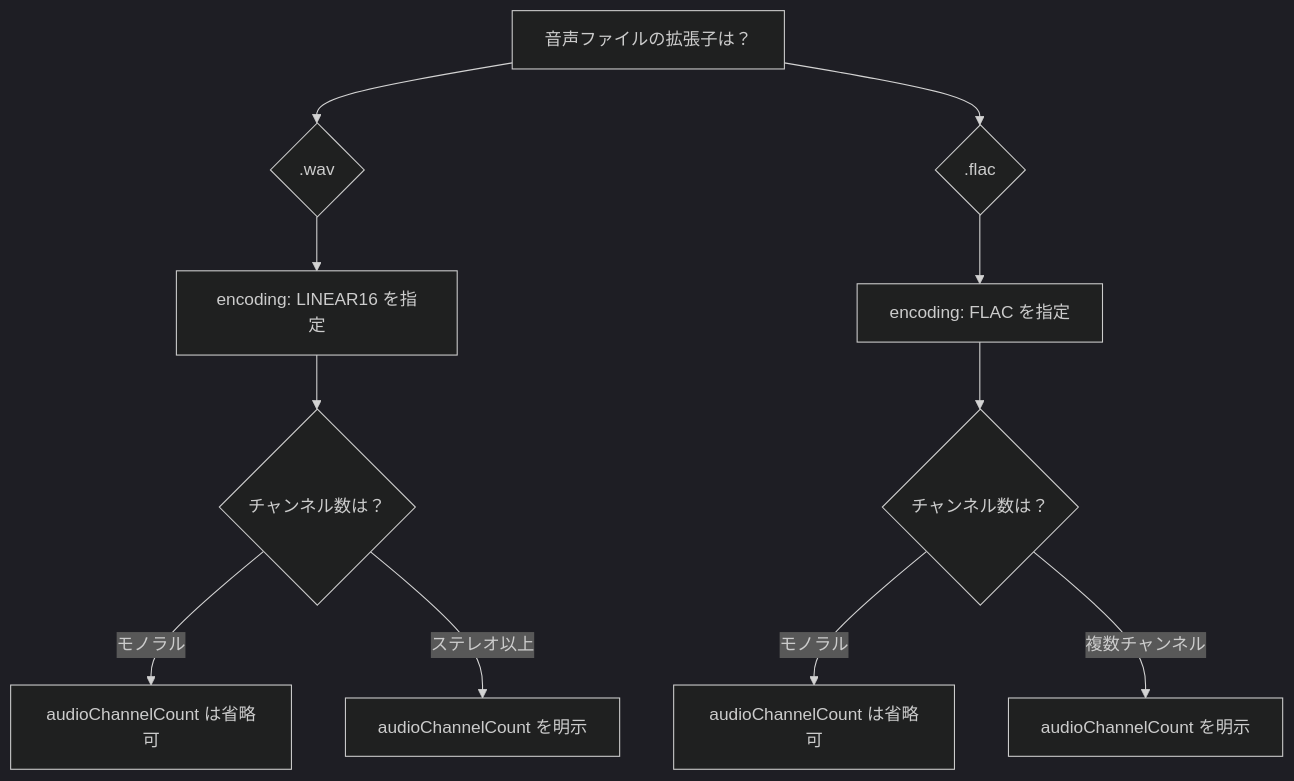
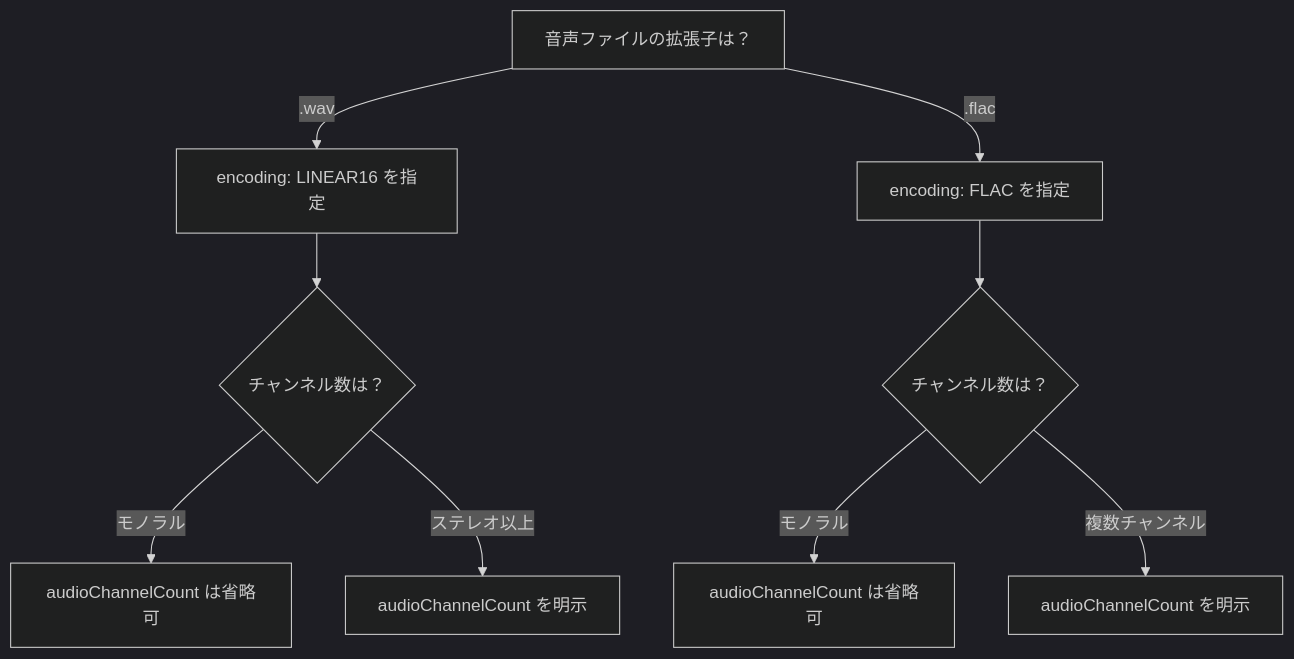
Before and after one commit to myoshi2891/Cloud-Infrastructure-Studies: the third of 3 diagrams in Speech-to-text-challenge-lab-best-practices.md, drawn with Mermaid (dark theme). The commit also changed other lines of this file and 9 other files, not shown here.

````diff
--- a/Speech-to-text-challenge-lab-best-practices.md
+++ b/Speech-to-text-challenge-lab-best-practices.md
@@ -217,16 +218,14 @@
 ```mermaid
 flowchart TB
-    Start["音声ファイルの拡張子は？"] --> WavCheck{".wav"}
-    Start --> FlacCheck{".flac"}
-
-    WavCheck --> L16["encoding: LINEAR16 を指定"]
-    FlacCheck --> FL["encoding: FLAC を指定"]
+    Start["音声ファイルの拡張子は？"]
+    Start -->|".wav"| L16["encoding: LINEAR16 を指定"]
+    Start -->|".flac"| FL["encoding: FLAC を指定"]
 
     L16 --> ChCheck1{"チャンネル数は？"}
     ChCheck1 -->|"モノラル"| Skip1["audioChannelCount は省略可"]
     ChCheck1 -->|"ステレオ以上"| Set1["audioChannelCount を明示"]
 
     FL --> ChCheck2{"チャンネル数は？"}
     ChCheck2 -->|"モノラル"| Skip2["audioChannelCount は省略可"]
     ChCheck2 -->|"複数チャンネル"| Set2["audioChannelCount を明示"]
 ```
````
